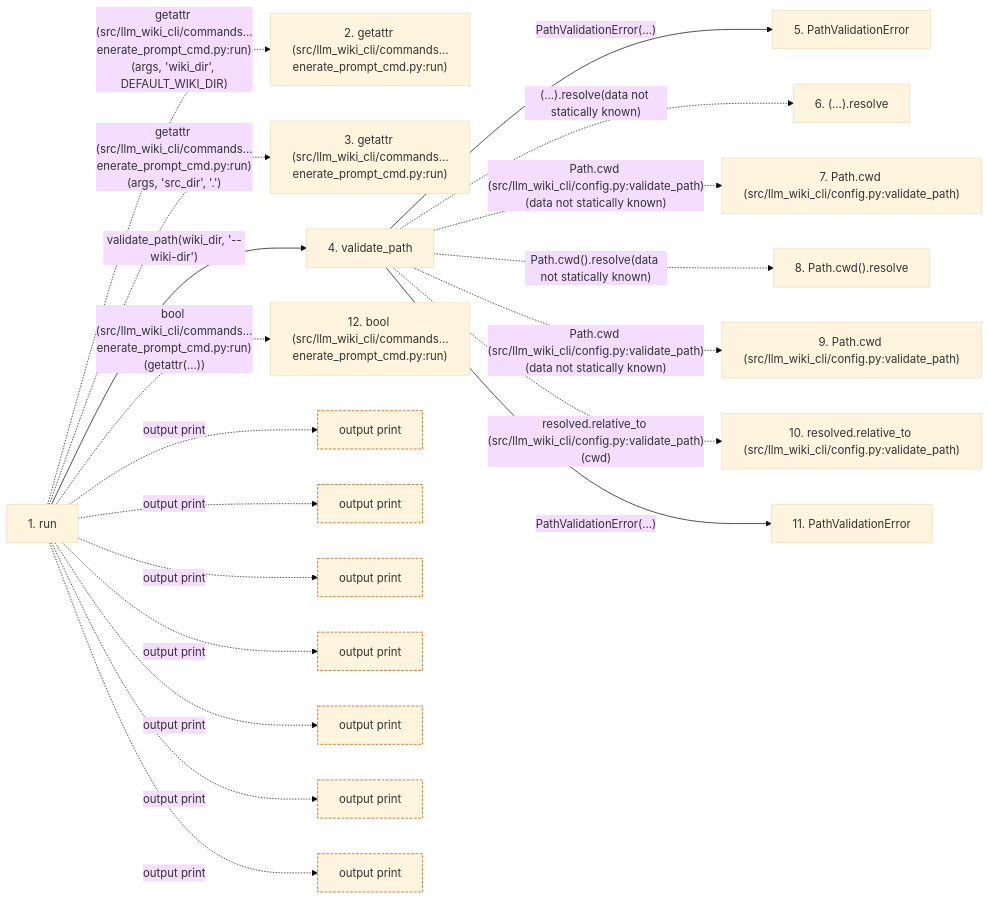
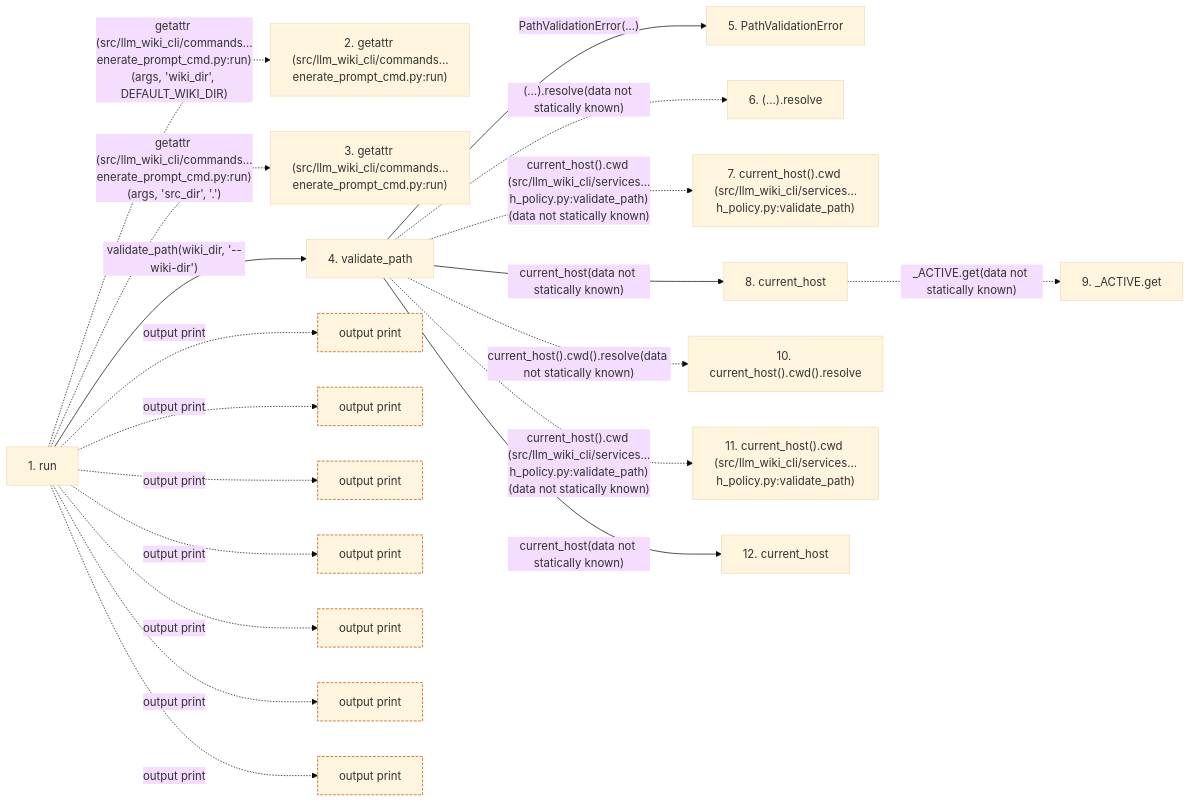
Before and after one commit to Denissvgn/python-wiki-llm: the second of 2 diagrams in docs/llm_wiki/flows/cli-generate-prompt.md, drawn with Mermaid (base theme). The commit also changed other lines of this file and 1555 other files, not shown here.

````diff
--- a/docs/llm_wiki/flows/cli-generate-prompt.md
+++ b/docs/llm_wiki/flows/cli-generate-prompt.md
@@ -156,52 +161,53 @@
 ```mermaid
 flowchart LR
     s1["1. run"]
     s2["2. getattr (src/llm_wiki_cli/commands…enerate_prompt_cmd.py:run)"]
     s3["3. getattr (src/llm_wiki_cli/commands…enerate_prompt_cmd.py:run)"]
     s4["4. validate_path"]
     s5["5. PathValidationError"]
     s6["6. (…).resolve"]
-    s7["7. Path.cwd (src/llm_wiki_cli/config.py:validate_path)"]
-    s8["8. Path.cwd().resolve"]
-    s9["9. Path.cwd (src/llm_wiki_cli/config.py:validate_path)"]
-    s10["10. resolved.relative_to (src/llm_wiki_cli/config.py:validate_path)"]
-    s11["11. PathValidationError"]
-    s12["12. bool (src/llm_wiki_cli/commands…enerate_prompt_cmd.py:run)"]
+    s7["7. current_host().cwd (src/llm_wiki_cli/services…h_policy.py:validate_path)"]
+    s8["8. current_host"]
+    s9["9. _ACTIVE.get"]
+    s10["10. current_host().cwd().resolve"]
+    s11["11. current_host().cwd (src/llm_wiki_cli/services…h_policy.py:validate_path)"]
+    s12["12. current_host"]
     s1 -. "getattr (src/llm_wiki_cli/commands…enerate_prompt_cmd.py:run)(args, 'wiki_dir', DEFAULT_WIKI_DIR)" .-> s2
     s1 -. "getattr (src/llm_wiki_cli/commands…enerate_prompt_cmd.py:run)(args, 'src_dir', '.')" .-> s3
     s1 -->|"validate_path(wiki_dir, '--wiki-dir')"| s4
     s4 -->|"PathValidationError(...)"| s5
     s4 -. "(…).resolve(data not statically known)" .-> s6
-    s4 -. "Path.cwd (src/llm_wiki_cli/config.py:validate_path)(data not statically known)" .-> s7
-    s4 -. "Path.cwd().resolve(data not statically known)" .-> s8
-    s4 -. "Path.cwd (src/llm_wiki_cli/config.py:validate_path)(data not statically known)" .-> s9
-    s4 -. "resolved.relative_to (src/llm_wiki_cli/config.py:validate_path)(cwd)" .-> s10
-    s4 -->|"PathValidationError(...)"| s11
-    s1 -. "bool (src/llm_wiki_cli/commands…enerate_prompt_cmd.py:run)(getattr(...))" .-> s12
+    s4 -. "current_host().cwd (src/llm_wiki_cli/services…h_policy.py:validate_path)(data not statically known)" .-> s7
+    s4 -->|"current_host(data not statically known)"| s8
+    s8 -. "_ACTIVE.get(data not statically known)" .-> s9
+    s4 -. "current_host().cwd().resolve(data not statically known)" .-> s10
+    s4 -. "current_host().cwd (src/llm_wiki_cli/services…h_policy.py:validate_path)(data not statically known)" .-> s11
+    s4 -->|"current_host(data not statically known)"| s12
     b0["output print"]
     s1 -. "output print" .-> b0
     b1["output print"]
     s1 -. "output print" .-> b1
     b2["output print"]
     s1 -. "output print" .-> b2
     b3["output print"]
     s1 -. "output print" .-> b3
     b4["output print"]
     s1 -. "output print" .-> b4
     b5["output print"]
     s1 -. "output print" .-> b5
     b6["output print"]
     s1 -. "output print" .-> b6
     click s1 "../modules/generate_prompt_cmd.md"
-    click s4 "../modules/config.md"
-    click s5 "../modules/config.md"
-    click s11 "../modules/config.md"
+    click s4 "../modules/path_policy.md"
+    click s5 "../modules/path_policy.md"
+    click s8 "../modules/host.md"
+    click s12 "../modules/host.md"
     classDef boundary stroke:#b45309,stroke-dasharray: 4 2
     class b0 boundary
     class b1 boundary
     class b2 boundary
     class b3 boundary
     class b4 boundary
     class b5 boundary
     class b6 boundary
 ```
````
